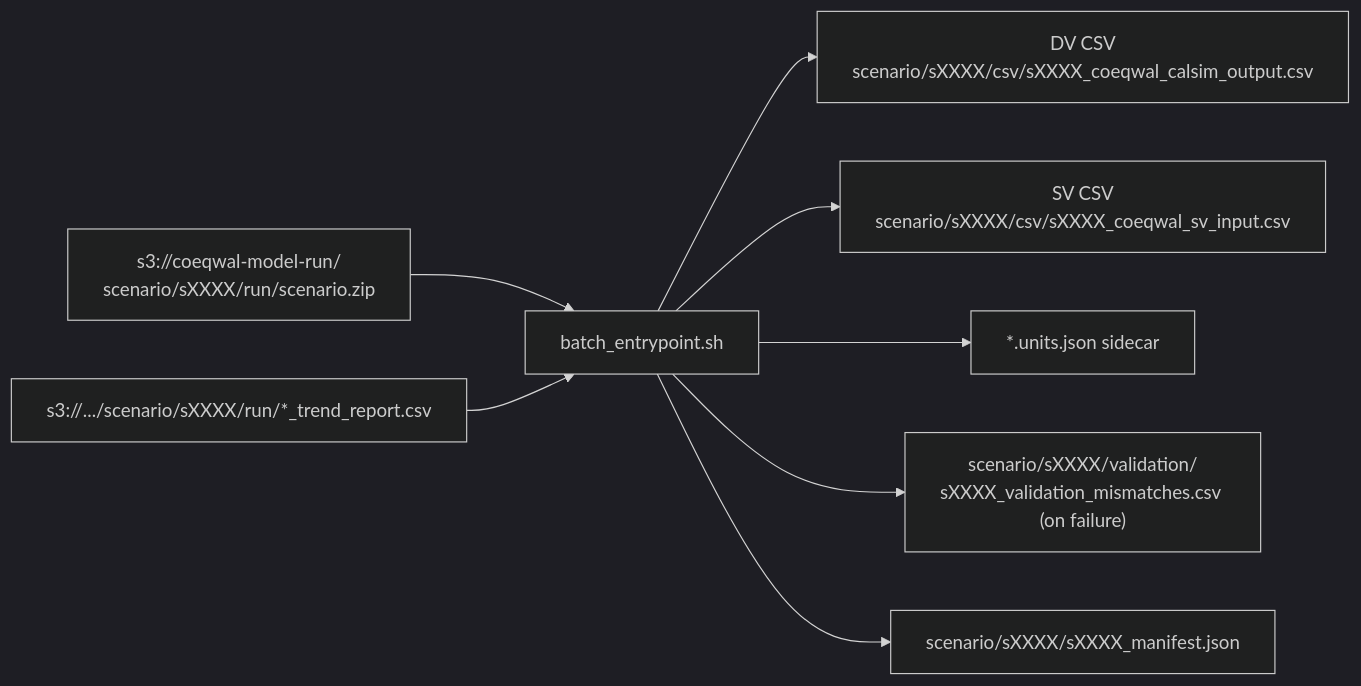
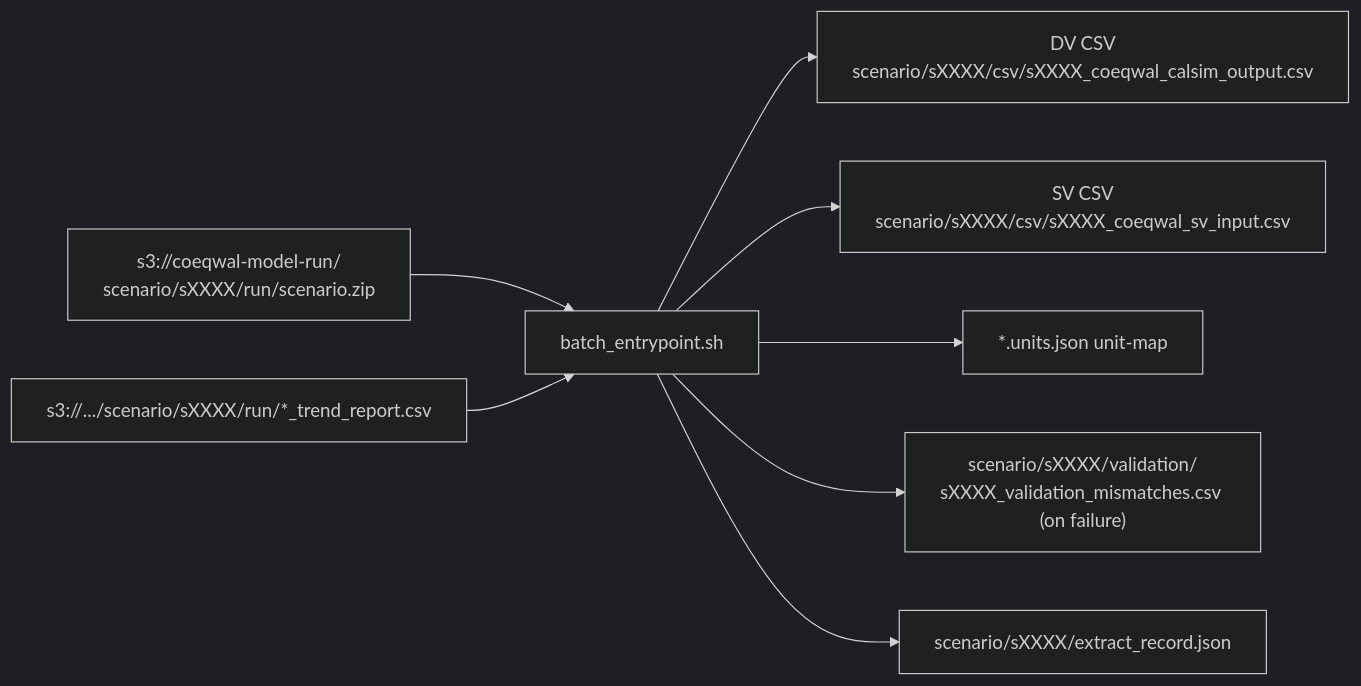
One commit to berkeley-gif/coeqwal-data-platform changed the diagram in etl/batch-container/README.md. Above: the diagram before and after it, drawn with Mermaid (dark theme). The commit also changed other lines of this file and 40 other files, not shown here.

````diff
--- a/etl/batch-container/README.md
+++ b/etl/batch-container/README.md
@@ -53,19 +53,19 @@
 ```mermaid
 flowchart LR
   In["s3://coeqwal-model-run/<br/>scenario/sXXXX/run/scenario.zip"]
   Trend["s3://.../scenario/sXXXX/run/*_trend_report.csv"]
   Container["batch_entrypoint.sh"]
   DV["DV CSV<br/>scenario/sXXXX/csv/sXXXX_coeqwal_calsim_output.csv"]
   SV["SV CSV<br/>scenario/sXXXX/csv/sXXXX_coeqwal_sv_input.csv"]
-  Units["*.units.json sidecar"]
+  Units["*.units.json unit-map"]
   Valid["scenario/sXXXX/validation/<br/>sXXXX_validation_mismatches.csv (on failure)"]
-  Man["scenario/sXXXX/sXXXX_manifest.json"]
+  Rec["scenario/sXXXX/extract_record.json"]
 
   In --> Container
   Trend --> Container
   Container --> DV
   Container --> SV
   Container --> Units
   Container --> Valid
-  Container --> Man
+  Container --> Rec
 ```
````
